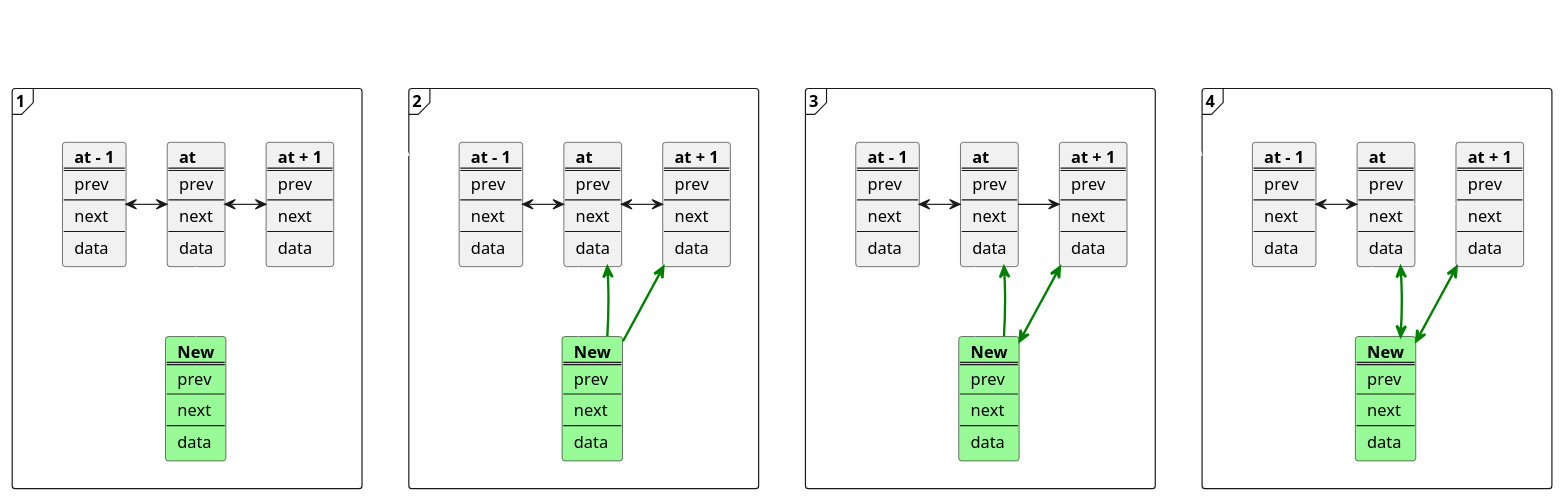
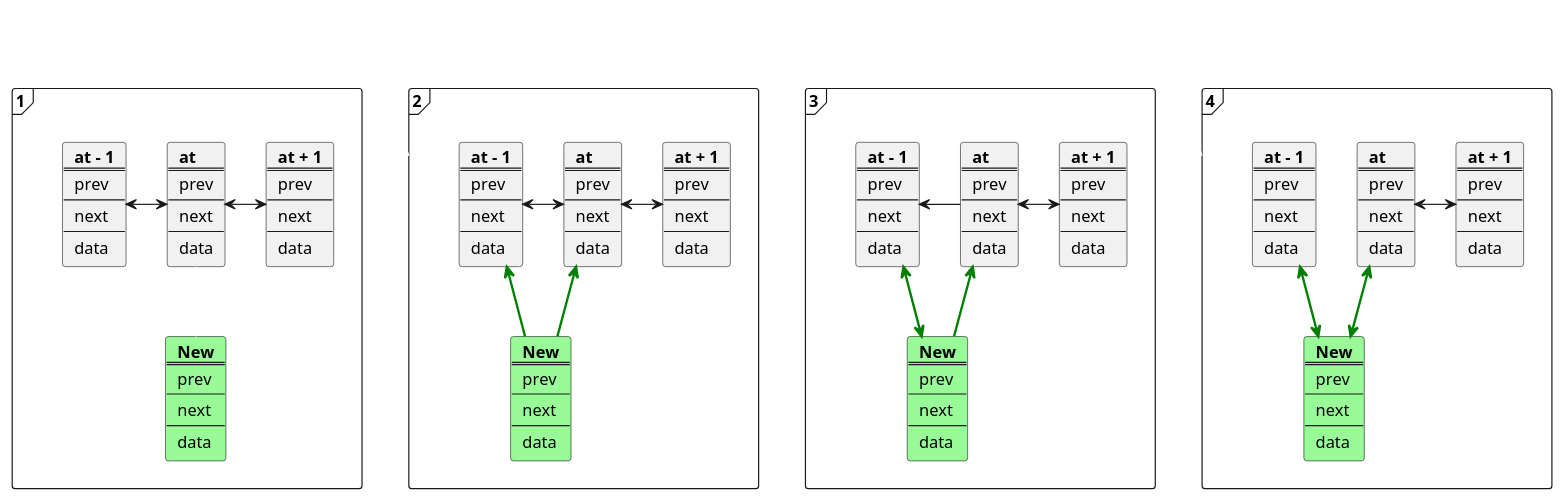
One commit to r4v3n-k/r4v3n-k.github.io changed the fourth of 5 diagrams in _posts/2024-02-23-linked_list.md. Above: the diagram before and after it, drawn with PlantUML. The commit also changed other lines of this file and 24 other files, not shown here.

Commit message:
Update linked list post for plantuml, source code.

```diff
--- a/_posts/2024-02-23-linked_list.md
+++ b/_posts/2024-02-23-linked_list.md
@@ -574,7 +547,6 @@
     current1 <-r-> next1
     current1 -d- new1 #line:white
 }
-
 frame "2" as second {
     card prev2 [
         <b>at - 1
@@ -614,11 +586,9 @@
     ]
     prev2 <-r-> current2
     current2 <-r-> next2
-    current2 -d- new2 #line:white
-    new2 -u-> next2 #line:green;line.bold
+    new2 -u-> prev2 #line:green;line.bold
     new2 -u-> current2 #line:green;line.bold
 }
-
 frame "3" as third {
     card prev3 [
         <b>at - 1
@@ -656,13 +626,11 @@
         ----
         data
     ]
-    prev3 <-r-> current3
-    current3 -r-> next3
-    current3 -d- new3 #line:white
-    new3 <-u-> next3 #line:green;line.bold
+    prev3 <-r- current3
+    current3 <-r-> next3
+    new3 <-u-> prev3 #line:green;line.bold
     new3 -u-> current3 #line:green;line.bold
 }
-
 frame "4" as fourth {
     card prev4 [
         <b>at - 1
@@ -700,13 +668,10 @@
         ----
         data
     ]
-    prev4 <-r-> current4
-    current4 -r- next4 #line:white
-    current4 -d- new4 #line:white
-    new4 <-u-> next4 #line:green;line.bold
-    current4 <-d-> new4 #line:green;line.bold
+    current4 <-r-> next4
+    new4 <-u-> prev4 #line:green;line.bold
+    new4 <-u-> current4 #line:green;line.bold
 }
-
 first -r- second #line:white
 third -r- fourth #line:white
 {% endplantuml %}
```
